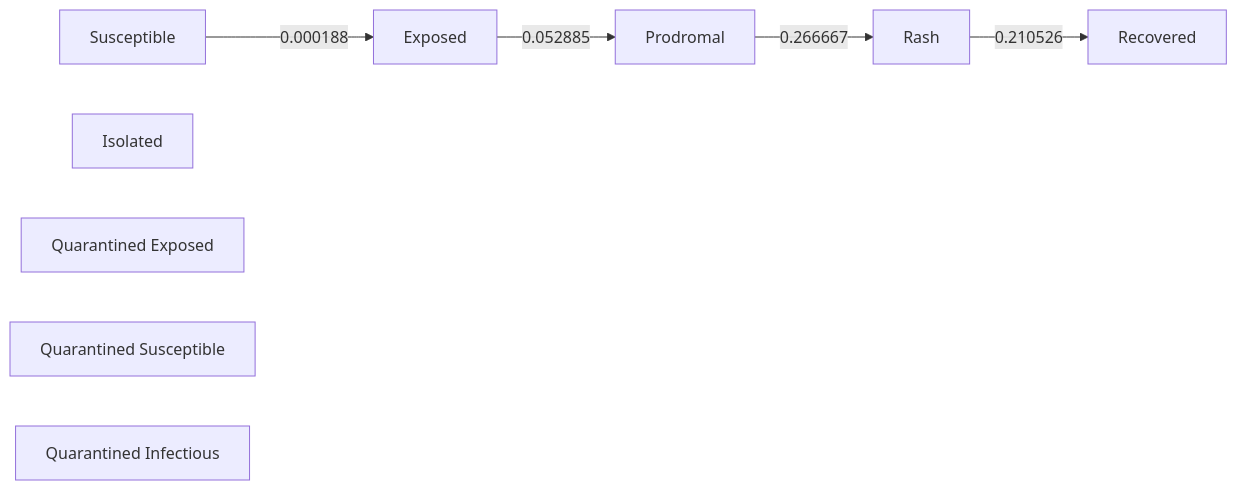
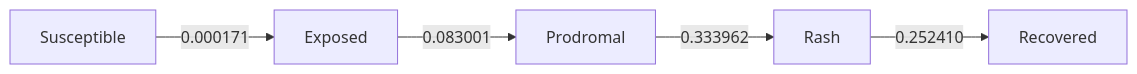
One commit to EpiForeSITE/epiworld-measles changed the diagram in school_quarantine/edgemont_92.md. Above: the diagram before and after it, drawn with Mermaid. The commit also changed other lines of this file and 10 other files, not shown here.

Commit message:
New version of epiworld: draws diagrams f(all simulations)

````diff
--- a/school_quarantine/edgemont_92.md
+++ b/school_quarantine/edgemont_92.md
@@ -138,17 +138,13 @@
 ``` mermaid
 flowchart LR
-    s0[Susceptible]
-    s1[Exposed]
-    s2[Prodromal]
-    s3[Rash]
-    s4[Isolated]
-    s5[Quarantined Exposed]
-    s6[Quarantined Susceptible]
-    s7[Quarantined Infectious]
-    s8[Recovered]
-    s0 -->|0.000188| s1
-    s1 -->|0.052885| s2
-    s2 -->|0.266667| s3
-    s3 -->|0.210526| s8
+    s0[Exposed]
+    s1[Prodromal]
+    s2[Rash]
+    s3[Recovered]
+    s4[Susceptible]
+    s0 -->|0.083001| s1
+    s1 -->|0.333962| s2
+    s2 -->|0.252410| s3
+    s4 -->|0.000171| s0
 
 ```
````
